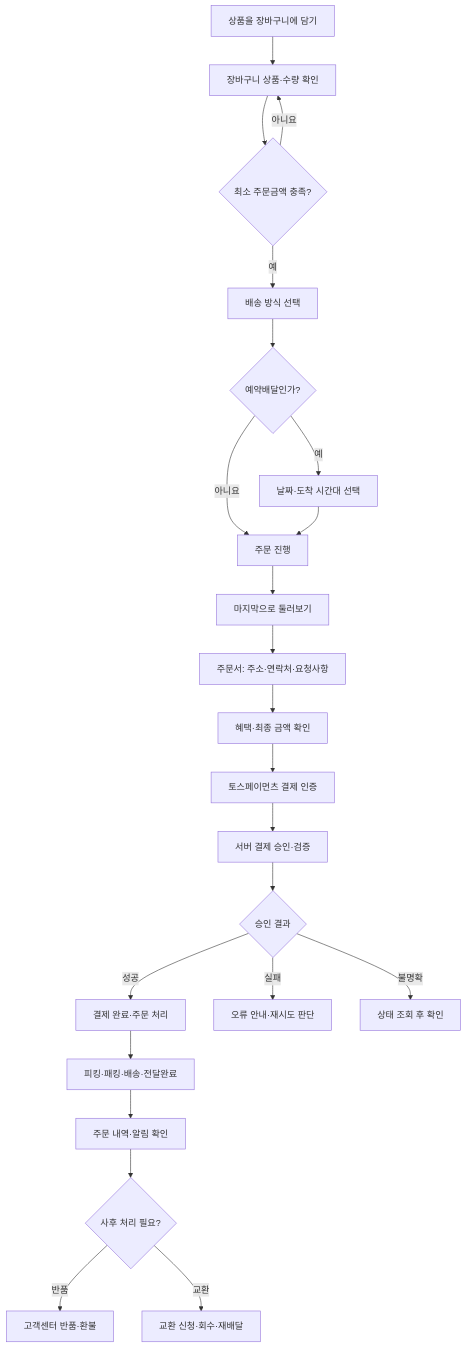
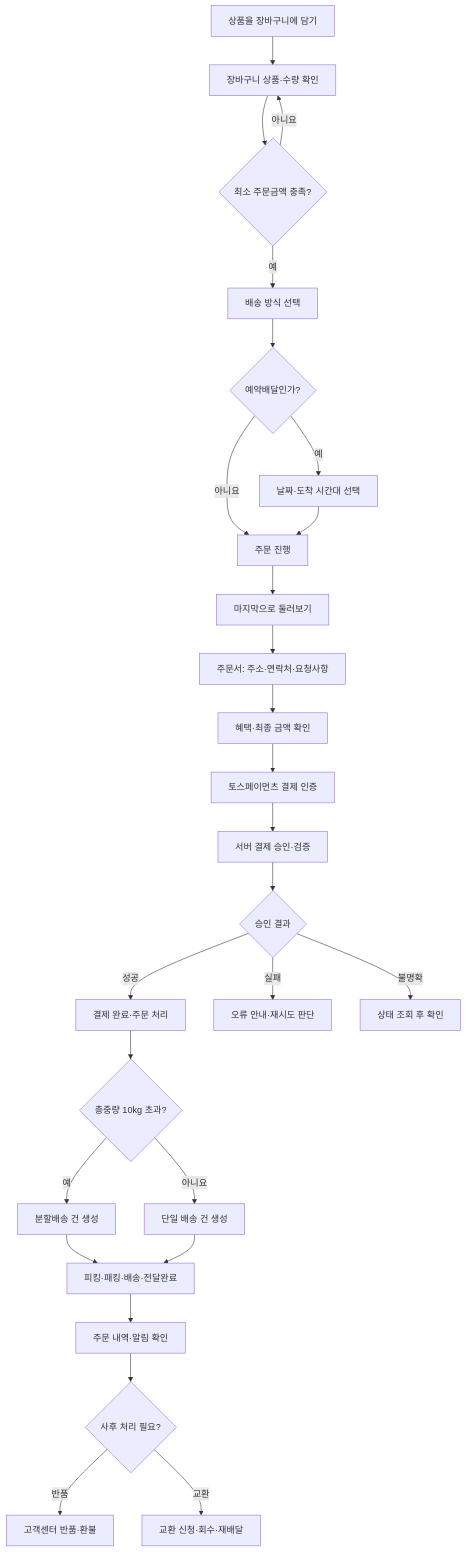
One commit to bae-easy/bmart-study changed the first of 6 diagrams in 5. 정리본/고객앱 (장바구니 ~)/고객앱_전체업무흐름.md. Above: the diagram before and after it, drawn with Mermaid. The commit also changed other lines of this file, not shown here.

````diff
--- a/5. 정리본/고객앱 (장바구니 ~)/고객앱_전체업무흐름.md
+++ b/5. 정리본/고객앱 (장바구니 ~)/고객앱_전체업무흐름.md
@@ -23,25 +24,29 @@
 ```mermaid
 flowchart TD
     A[상품을 장바구니에 담기] --> B[장바구니 상품·수량 확인]
     B --> C{최소 주문금액 충족?}
     C -->|아니요| B
     C -->|예| D[배송 방식 선택]
     D --> E{예약배달인가?}
     E -->|예| F[날짜·도착 시간대 선택]
     E -->|아니요| G[주문 진행]
     F --> G
     G --> H[마지막으로 둘러보기]
     H --> I[주문서: 주소·연락처·요청사항]
     I --> J[혜택·최종 금액 확인]
     J --> K[토스페이먼츠 결제 인증]
     K --> L[서버 결제 승인·검증]
     L --> M{승인 결과}
     M -->|성공| N[결제 완료·주문 처리]
     M -->|실패| O[오류 안내·재시도 판단]
     M -->|불명확| P[상태 조회 후 확인]
-    N --> Q[피킹·패킹·배송·전달완료]
+    N --> X{총중량 10kg 초과?}
+    X -->|예| Y[분할배송 건 생성]
+    X -->|아니요| Z[단일 배송 건 생성]
+    Y --> Q[피킹·패킹·배송·전달완료]
+    Z --> Q
     Q --> R[주문 내역·알림 확인]
     R --> S{사후 처리 필요?}
     S -->|반품| T[고객센터 반품·환불]
     S -->|교환| U[교환 신청·회수·재배달]
 ```
````
